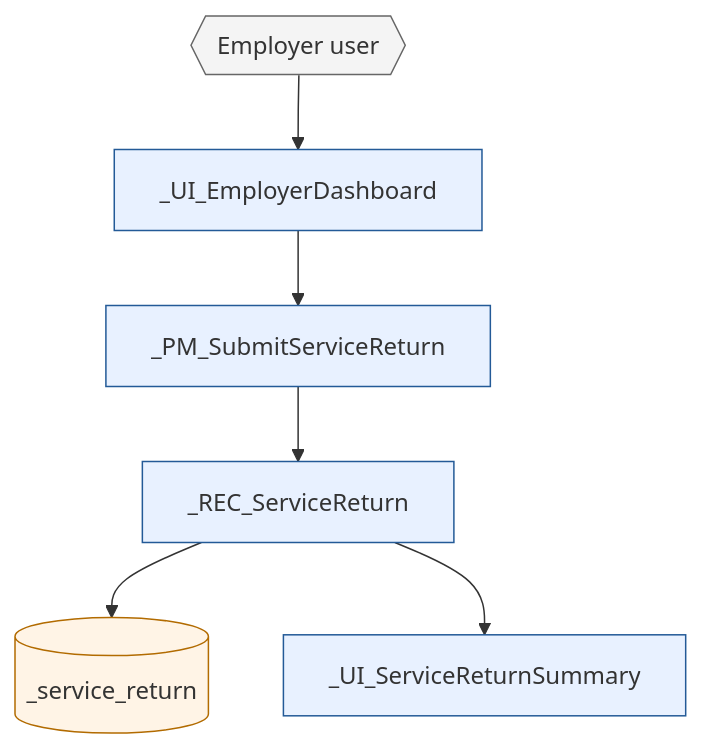
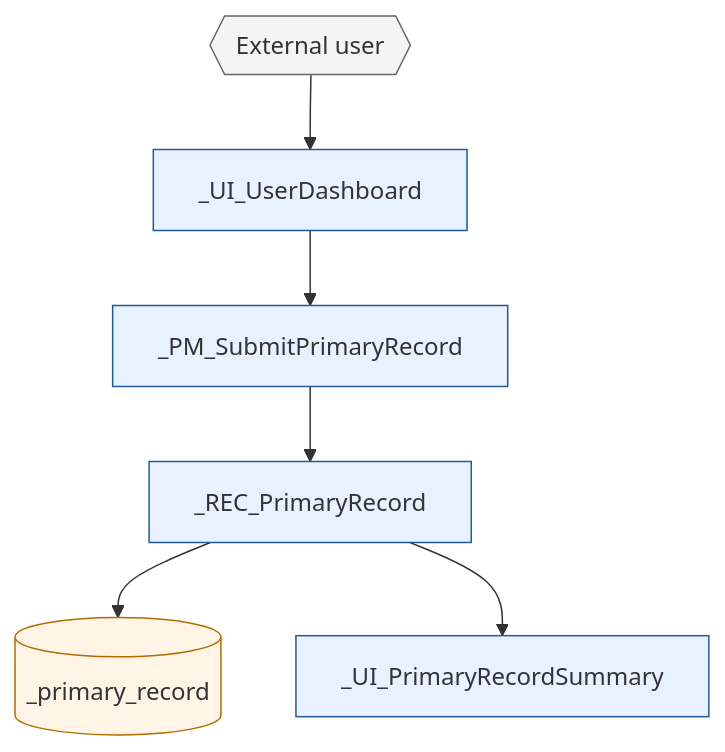
One commit to ankitBhaskar/appianTestCode changed the second of 7 diagrams in docs/appian-26-4/templates/ARCHITECTURE_DOCUMENT_TEMPLATE.md. Above: the diagram before and after it, drawn with Mermaid. The commit also changed other lines of this file, not shown here.

Commit message:
Remove LSC examples from architecture template

````diff
--- a/docs/appian-26-4/templates/ARCHITECTURE_DOCUMENT_TEMPLATE.md
+++ b/docs/appian-26-4/templates/ARCHITECTURE_DOCUMENT_TEMPLATE.md
@@ -326,11 +253,11 @@
 ```mermaid
 flowchart TD
-  A{{"Employer user"}}:::external --> B["<PREFIX>_UI_EmployerDashboard"]:::appian
-  B --> C["<PREFIX>_PM_SubmitServiceReturn"]:::appian
-  C --> D["<PREFIX>_REC_ServiceReturn"]:::appian
-  D --> E[("<database_prefix>_service_return")]:::data
-  D --> F["<PREFIX>_UI_ServiceReturnSummary"]:::appian
+  A{{"External user"}}:::external --> B["<PREFIX>_UI_UserDashboard"]:::appian
+  B --> C["<PREFIX>_PM_SubmitPrimaryRecord"]:::appian
+  C --> D["<PREFIX>_REC_PrimaryRecord"]:::appian
+  D --> E[("<database_prefix>_primary_record")]:::data
+  D --> F["<PREFIX>_UI_PrimaryRecordSummary"]:::appian
   classDef appian fill:#e8f1ff,stroke:#235a97,stroke-width:1px
   classDef data fill:#fff4e6,stroke:#b26b00,stroke-width:1px
   classDef external fill:#f4f4f4,stroke:#666,stroke-width:1px
 ```
````
